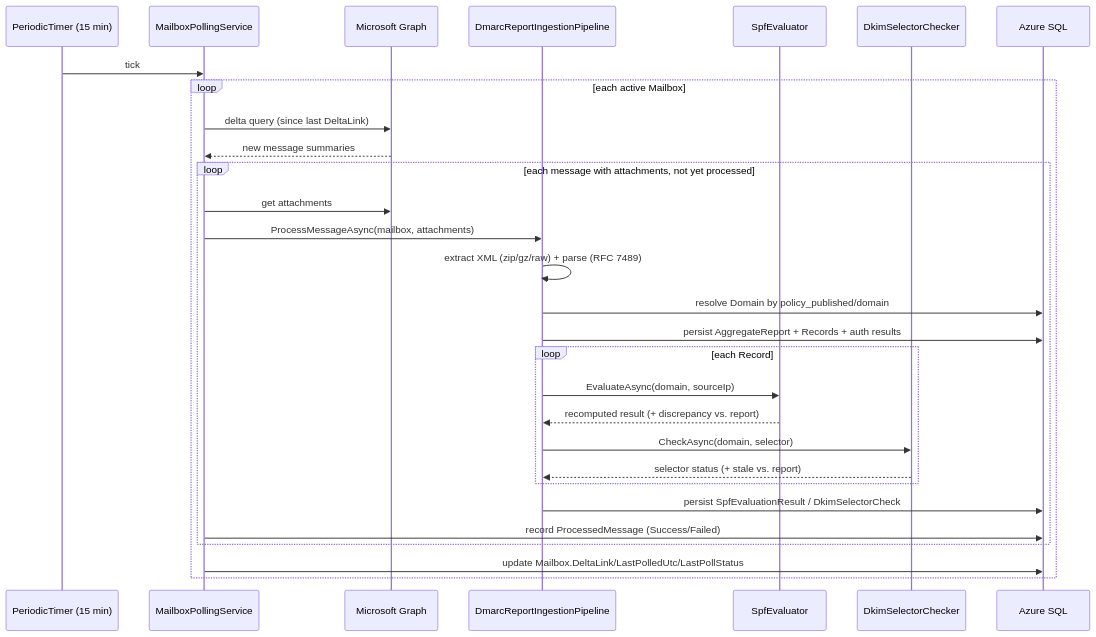
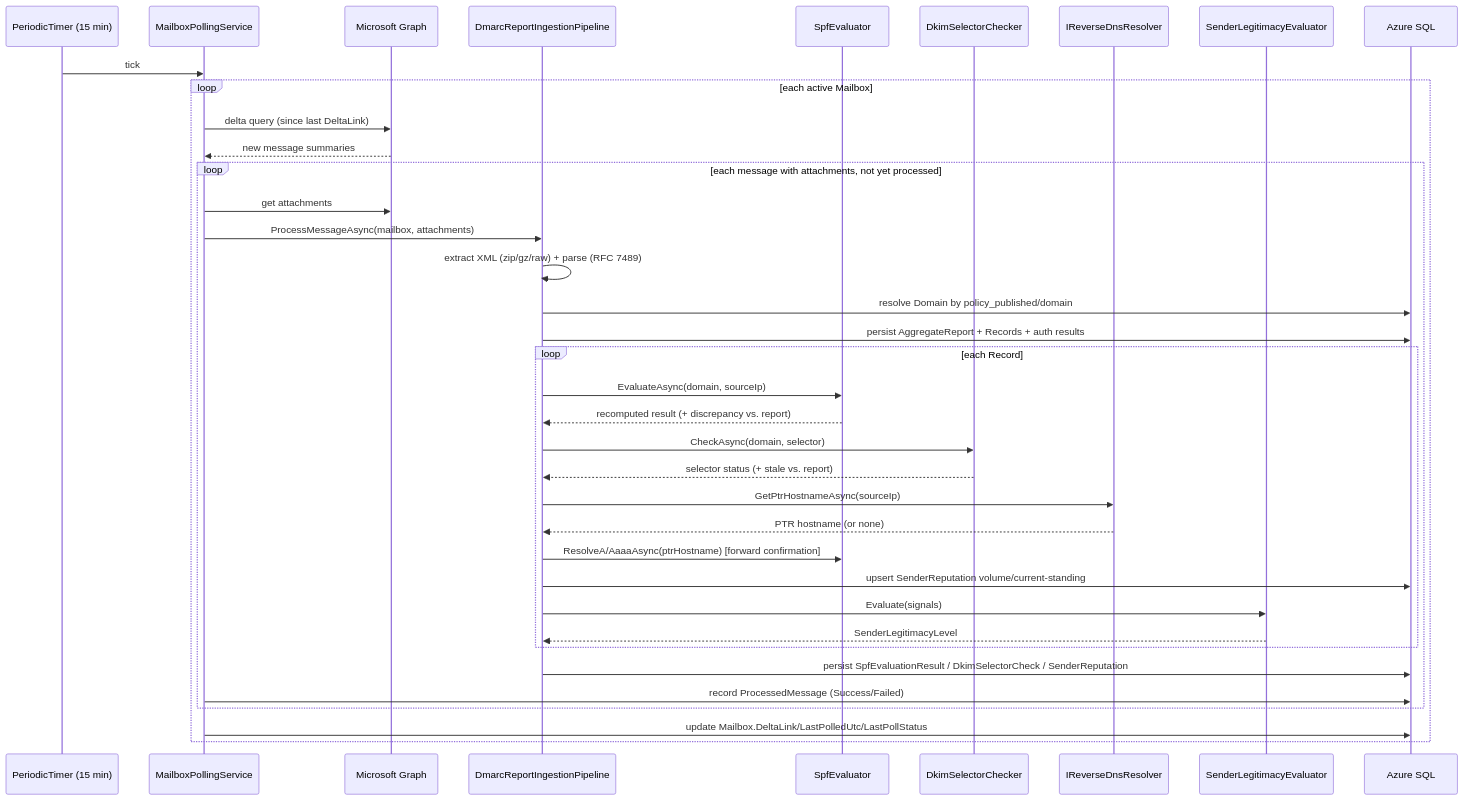
Before and after one commit to TenOfNine/AzureHosted-DMARC-Analyzer: the third of 3 diagrams in docs/technical-specification.md, drawn with Mermaid. The commit also changed other lines of this file and 27 other files, not shown here.

````diff
--- a/docs/technical-specification.md
+++ b/docs/technical-specification.md
@@ -258,32 +282,40 @@
 ```mermaid
 sequenceDiagram
     participant Timer as PeriodicTimer (15 min)
     participant Poll as MailboxPollingService
     participant Graph as Microsoft Graph
     participant Pipe as DmarcReportIngestionPipeline
     participant SPF as SpfEvaluator
     participant DKIM as DkimSelectorChecker
+    participant Rev as IReverseDnsResolver
+    participant Score as SenderLegitimacyEvaluator
     participant DB as Azure SQL
 
     Timer->>Poll: tick
     loop each active Mailbox
         Poll->>Graph: delta query (since last DeltaLink)
         Graph-->>Poll: new message summaries
         loop each message with attachments, not yet processed
             Poll->>Graph: get attachments
             Poll->>Pipe: ProcessMessageAsync(mailbox, attachments)
             Pipe->>Pipe: extract XML (zip/gz/raw) + parse (RFC 7489)
             Pipe->>DB: resolve Domain by policy_published/domain
             Pipe->>DB: persist AggregateReport + Records + auth results
             loop each Record
                 Pipe->>SPF: EvaluateAsync(domain, sourceIp)
                 SPF-->>Pipe: recomputed result (+ discrepancy vs. report)
                 Pipe->>DKIM: CheckAsync(domain, selector)
                 DKIM-->>Pipe: selector status (+ stale vs. report)
+                Pipe->>Rev: GetPtrHostnameAsync(sourceIp)
+                Rev-->>Pipe: PTR hostname (or none)
+                Pipe->>SPF: ResolveA/AaaaAsync(ptrHostname) [forward confirmation]
+                Pipe->>DB: upsert SenderReputation volume/current-standing
+                Pipe->>Score: Evaluate(signals)
+                Score-->>Pipe: SenderLegitimacyLevel
             end
-            Pipe->>DB: persist SpfEvaluationResult / DkimSelectorCheck
+            Pipe->>DB: persist SpfEvaluationResult / DkimSelectorCheck / SenderReputation
             Poll->>DB: record ProcessedMessage (Success/Failed)
         end
         Poll->>DB: update Mailbox.DeltaLink/LastPolledUtc/LastPollStatus
     end
 ```
````
